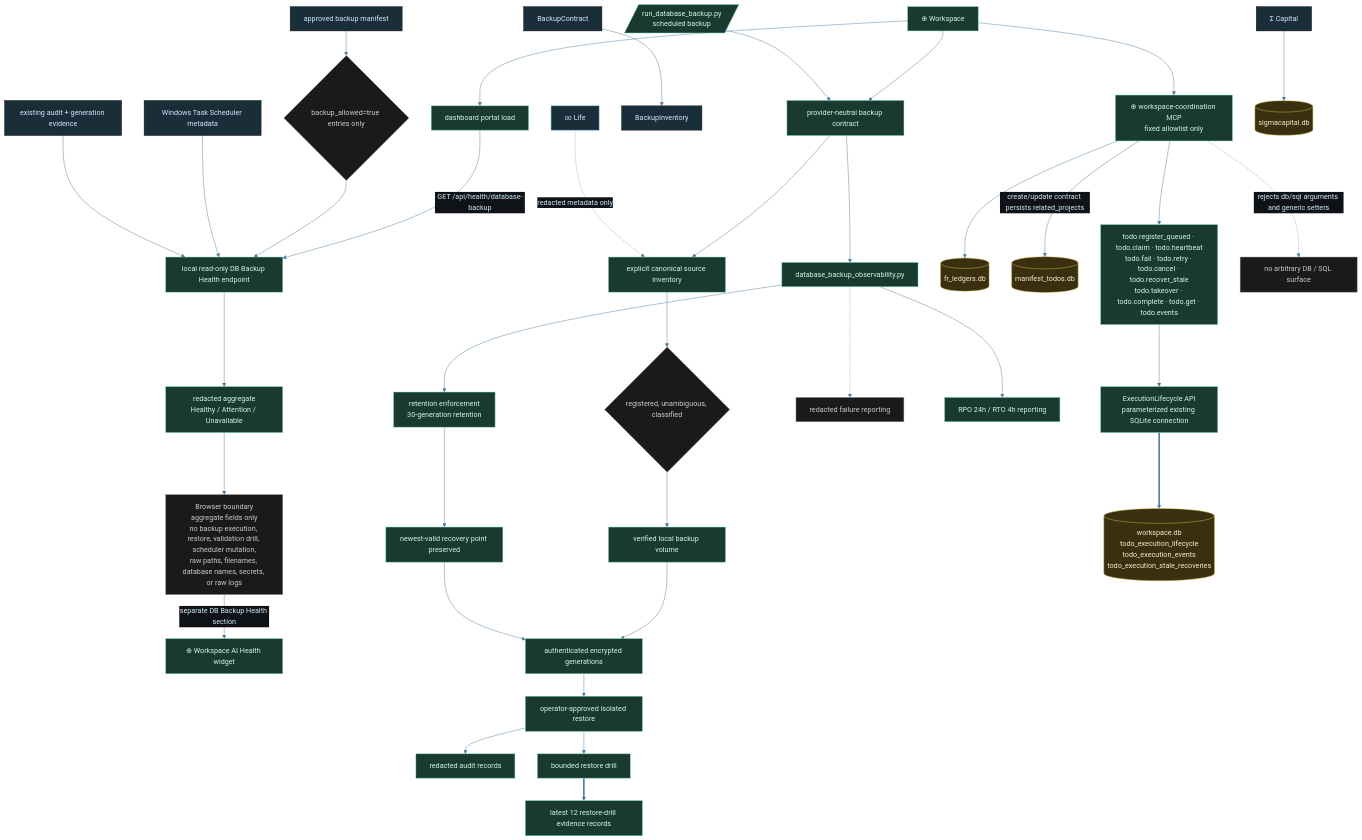
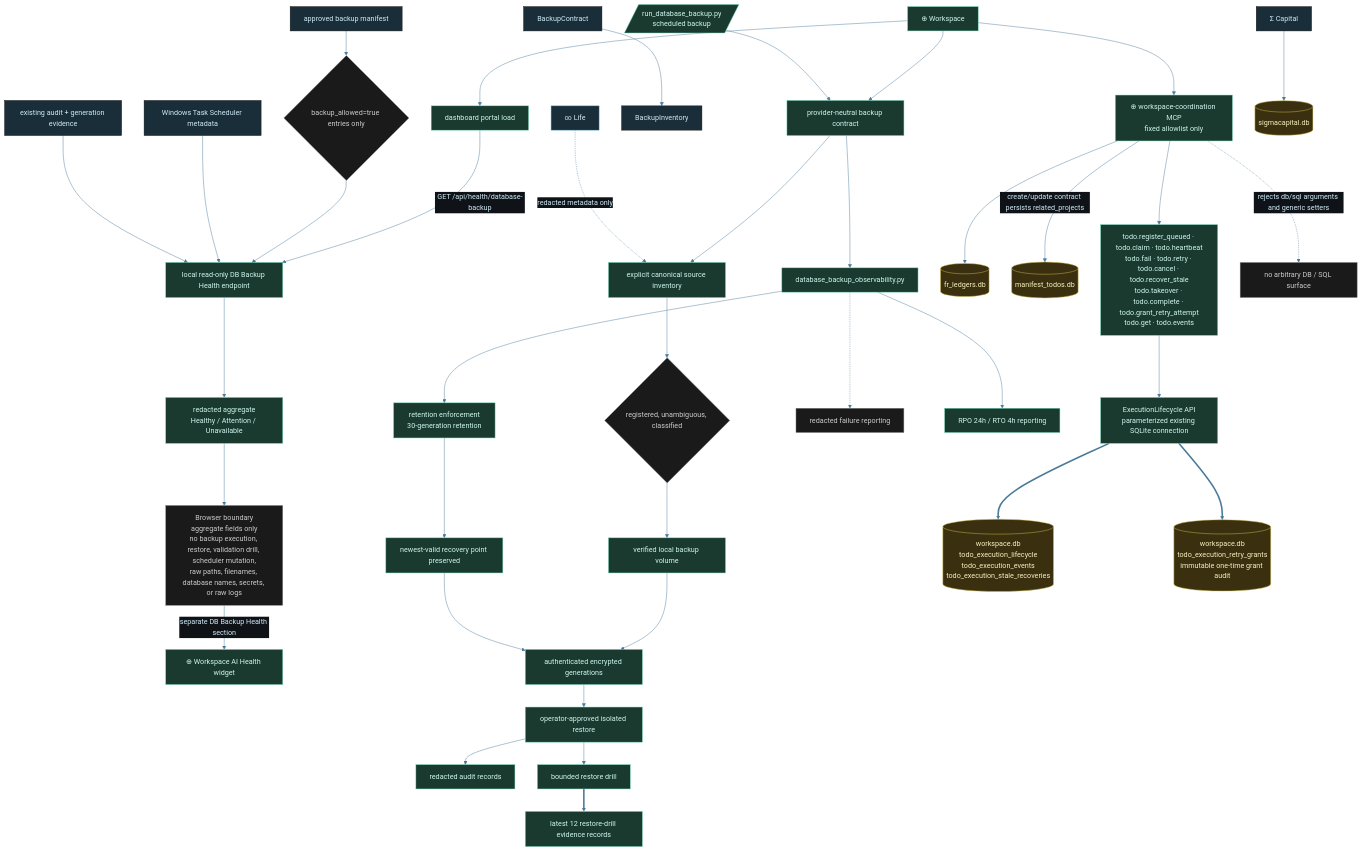
The diagram in diagrams/workspace-derived-backup-and-coordination.mmd (tylerdrakemusic/-Workspace), drawn with Mermaid before and after one commit. The commit also changed 2 other files, not shown here.

Commit message:
⊕ workspace: BFX-20261026 add retry recovery diagrams

```diff
--- a/diagrams/workspace-derived-backup-and-coordination.mmd
+++ b/diagrams/workspace-derived-backup-and-coordination.mmd
@@ -1,49 +1,50 @@
 %%{init: {'theme': 'base', 'themeVariables': {'primaryColor': '#1a2e3a', 'primaryTextColor': '#d0ecf8', 'edgeLabelBackground': '#0f1318', 'lineColor': '#4a7a9a'}}}%%
 %% is_derived_view=true
 %% Traceability.parent: diagrams/workspace-architecture.mmd
 graph TB
     Workspace[⊕ Workspace] --> Backup[provider-neutral backup contract]
     Workspace --> PortalLoad[dashboard portal load]
     PortalLoad -->|"GET /api/health/database-backup"| BackupHealthEndpoint[local read-only DB Backup Health endpoint]
     ApprovedManifest[approved backup manifest] --> AllowedBackupEntries{backup_allowed=true entries only}
     AllowedBackupEntries --> BackupHealthEndpoint
     TaskMetadata[Windows Task Scheduler metadata] --> BackupHealthEndpoint
     AuditGeneration[existing audit + generation evidence] --> BackupHealthEndpoint
     BackupHealthEndpoint --> BackupHealthProjection[redacted aggregate<br/>Healthy / Attention / Unavailable]
     BackupHealthProjection --> BrowserBoundary[Browser boundary<br/>aggregate fields only<br/>no backup execution, restore, validation drill, scheduler mutation,<br/>raw paths, filenames, database names, secrets, or raw logs]
     BrowserBoundary -->|"separate DB Backup Health section"| AIHealthWidget[⊕ Workspace AI Health widget]
     BackupRunner[/run_database_backup.py<br/>scheduled backup/] --> Backup
     Backup --> Observability[database_backup_observability.py]
     BackupContract --> BackupInventory
     Backup --> Inventory[explicit canonical source inventory]
     Inventory --> Discovery{registered, unambiguous, classified}
     Discovery --> Volume[verified local backup volume]
     Volume --> Generations[authenticated encrypted generations]
     Generations --> Restore[operator-approved isolated restore]
     Restore --> Audit[redacted audit records]
     Observability --> Retention[retention enforcement<br/>30-generation retention]
     Retention --> NewestValid[newest-valid recovery point preserved]
     NewestValid --> Generations
     Observability -.-> Failure[redacted failure reporting]
     Restore --> Drill[bounded restore drill]
     Drill ==> Evidence[latest 12 restore-drill evidence records]
     Observability --> Objectives[RPO 24h / RTO 4h reporting]
     Workspace --> Coord[⊕ workspace-coordination MCP<br/>fixed allowlist only]
     Coord --> FRLedger[(fr_ledgers.db)]
     Coord -->|create/update contract persists related_projects| TodoDB[(manifest_todos.db)]
-    Coord --> TodoOperations[todo.register_queued · todo.claim · todo.heartbeat<br/>todo.fail · todo.retry · todo.cancel · todo.recover_stale<br/>todo.takeover · todo.complete · todo.get · todo.events]
+    Coord --> TodoOperations[todo.register_queued · todo.claim · todo.heartbeat<br/>todo.fail · todo.retry · todo.cancel · todo.recover_stale<br/>todo.takeover · todo.complete · todo.grant_retry_attempt<br/>todo.get · todo.events]
     TodoOperations --> ExecutionLifecycle[ExecutionLifecycle API<br/>parameterized existing SQLite connection]
     ExecutionLifecycle ==> WorkspaceDB[(workspace.db<br/>todo_execution_lifecycle<br/>todo_execution_events<br/>todo_execution_stale_recoveries)]
+    ExecutionLifecycle ==> RetryGrantAudit[(workspace.db<br/>todo_execution_retry_grants<br/>immutable one-time grant audit)]
     Coord -.->|rejects db/sql arguments and generic setters| GenericSQL[no arbitrary DB / SQL surface]
     Life[∞ Life] -.->|redacted metadata only| Inventory
     Capital[Σ Capital] --> CapitalDB[(sigmacapital.db)]
     class Workspace,Backup,BackupRunner,Observability,Inventory,Volume,Generations,Restore,Audit,Retention,NewestValid,Drill,Evidence,Objectives,PortalLoad,BackupHealthEndpoint,BackupHealthProjection,AIHealthWidget,Coord,TodoOperations,ExecutionLifecycle ws
     class Life life
     class Discovery,GenericSQL,Failure,AllowedBackupEntries,BrowserBoundary state
-    class FRLedger,TodoDB,WorkspaceDB,CapitalDB db
+    class FRLedger,TodoDB,WorkspaceDB,RetryGrantAudit,CapitalDB db
 classDef tyler   fill:#2a1a3a,stroke:#9e4aff,color:#fff
 classDef life    fill:#1a2e3a,stroke:#6ab4d4,color:#d0ecf8
 classDef ws      fill:#1a3a30,stroke:#6ad4b4,color:#d0f8ee
 classDef ext     fill:#3a2020,stroke:#ff7a7a,color:#ffd0d0
 classDef db      fill:#3a3010,stroke:#d4c050,color:#f8f0c0
 classDef state   fill:#1a1a1a,stroke:#888888,color:#cccccc
```
